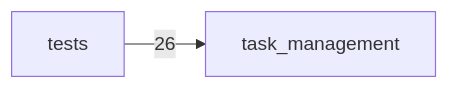
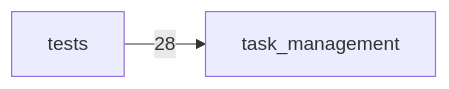
Before and after one commit to KOBIC-KBDS/task-management-clean-public: the diagram in docs/codeboarding/module-map.md, drawn with Mermaid. The commit also changed other lines of this file and 71 other files, not shown here.

````diff
--- a/docs/codeboarding/module-map.md
+++ b/docs/codeboarding/module-map.md
@@ -9,4 +9,4 @@
 ```mermaid
 flowchart LR
-  src_tests["tests"] -->|26| dst_task_management["task_management"]
+  src_tests["tests"] -->|28| dst_task_management["task_management"]
 ```
````
